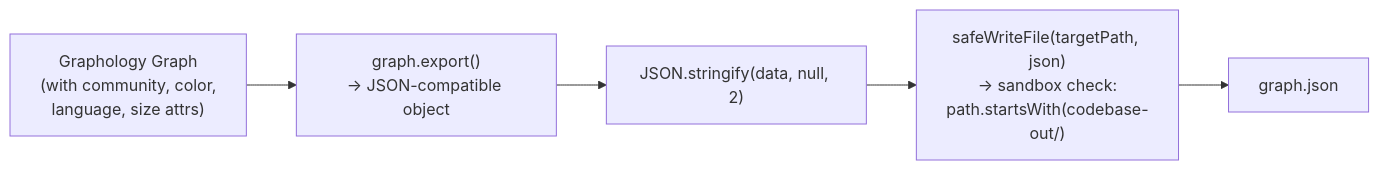
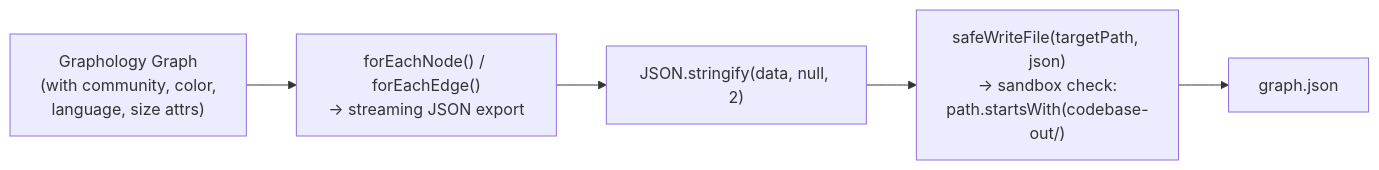
Before and after one commit to Arham-Qureshi/codebase-vis: the tenth of 10 diagrams in ARCHITECTURE/graph.md, drawn with Mermaid. The commit also changed other lines of this file, not shown here.

Commit message:
docs: update graph — streaming JSON export, attribute stripping

````diff
--- a/ARCHITECTURE/graph.md
+++ b/ARCHITECTURE/graph.md
@@ -339,10 +339,10 @@
 ```mermaid
 flowchart LR
-    GRAPH["Graphology Graph<br/>(with community, color,<br/>language, size attrs)"] --> EXPORT["graph.export()<br/>→ JSON-compatible object"]
+    GRAPH["Graphology Graph<br/>(with community, color,<br/>language, size attrs)"] --> EXPORT["forEachNode() / forEachEdge()<br/>→ streaming JSON export"]
 
     EXPORT --> STRINGIFY["JSON.stringify(data, null, 2)"]
 
     STRINGIFY --> SAFE["safeWriteFile(targetPath, json)<br/>→ sandbox check:<br/>path.startsWith(codebase-out/)"]
 
     SAFE --> GJ["graph.json"]
 ```
````
